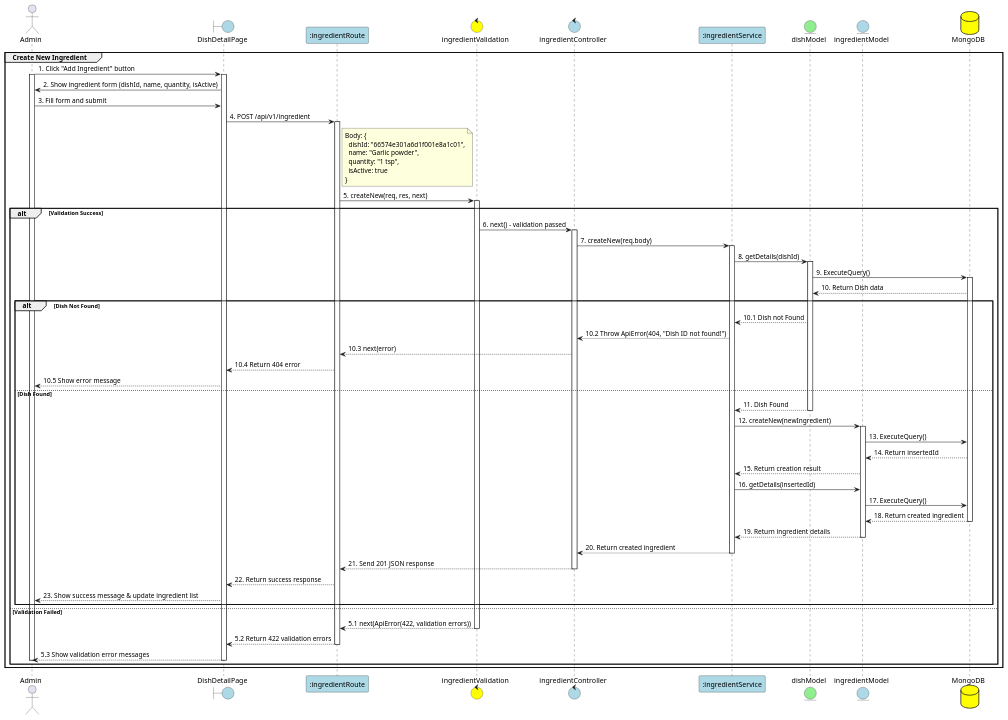
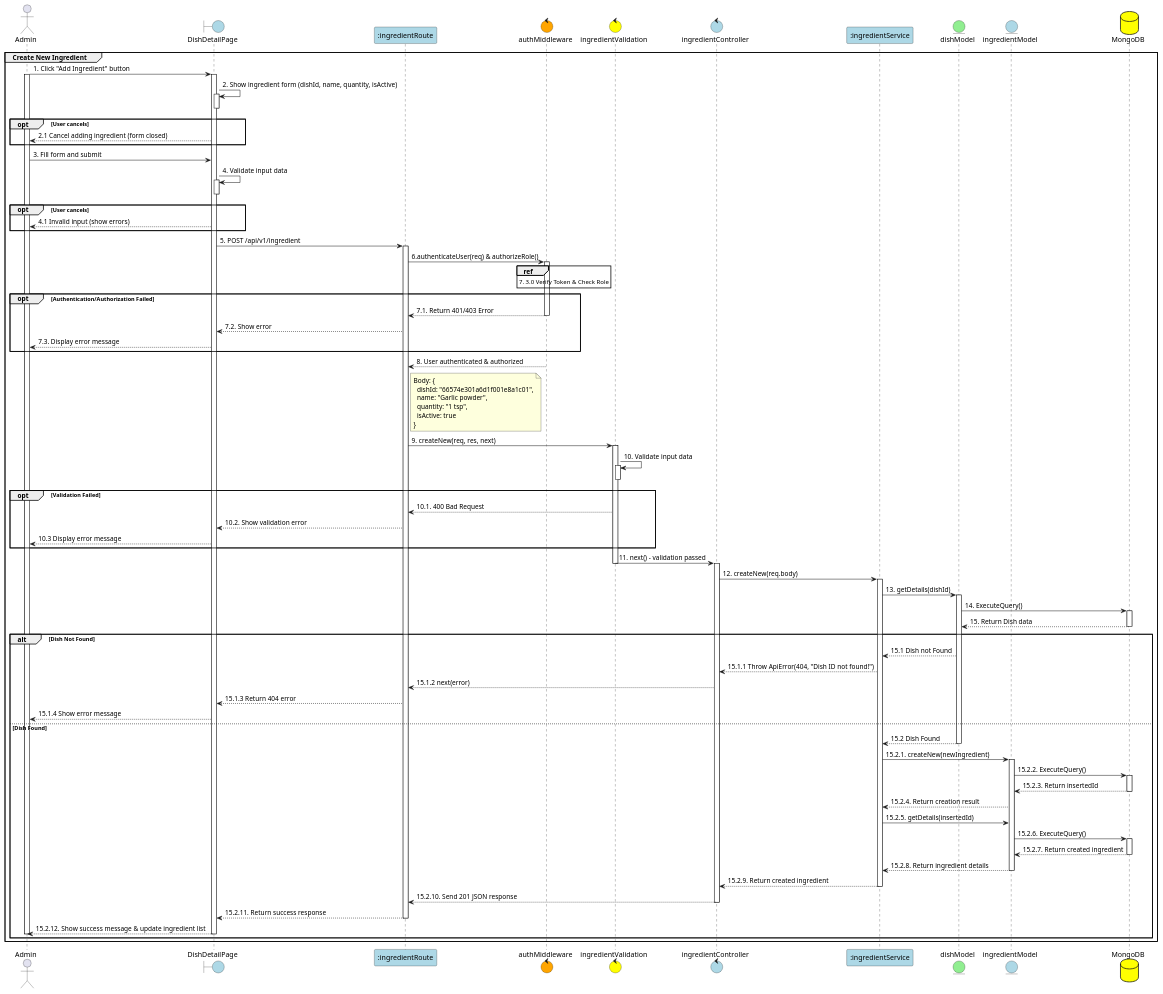
Before and after one commit to Aohkne/CaloCook: the diagram in PlanUML/24_CreateIngredient.puml, drawn with PlantUML. The commit also changed 18 other files, not shown here.

```diff
--- a/PlanUML/24_CreateIngredient.puml
+++ b/PlanUML/24_CreateIngredient.puml
@@ -1,103 +1,133 @@
 @startuml CreateIngredient
 
 actor "Admin" as Admin
 boundary "DishDetailPage" as View #lightblue
 participant ":ingredientRoute" as Route #lightblue
+control "authMiddleware" as Auth #Orange
 control "ingredientValidation" as Validation #yellow
 control "ingredientController" as Controller #lightblue
 participant ":ingredientService" as Service #lightblue
 entity "dishModel" as DishModel #lightgreen
 entity "ingredientModel" as IngredientModel #lightblue
 database "MongoDB" as MongoDB #yellow
 
 group Create New Ingredient
 
 Admin -> View: 1. Click "Add Ingredient" button
 activate View
 activate Admin
 
-View -> Admin: 2. Show ingredient form (dishId, name, quantity, isActive)
+View -> View: 2. Show ingredient form (dishId, name, quantity, isActive)
+activate View
+deactivate View
+
+opt User cancels
+    View --> Admin: 2.1 Cancel adding ingredient (form closed)
+end
 
 Admin -> View: 3. Fill form and submit
-View -> Route: 4. POST /api/v1/ingredient
+View -> View: 4. Validate input data
+activate View
+deactivate View
+opt User cancels
+    View --> Admin: 4.1 Invalid input (show errors)
+end
+View -> Route: 5. POST /api/v1/ingredient
 activate Route
+  Route -> Auth: 6.authenticateUser(req) & authorizeRole()
+
+    activate Auth
+    ref over Auth : 7. 3.0 Verify Token & Check Role
+
+    opt Authentication/Authorization Failed
+        Auth --> Route: 7.1. Return 401/403 Error
+                deactivate Auth
+        Route --> View: 7.2. Show error
+        View --> Admin: 7.3. Display error message
+
+    end
+    Auth --> Route: 8. User authenticated & authorized
 
 note right of Route: Body: {\n  dishId: "66574e301a6d1f001e8a1c01",\n  name: "Garlic powder",\n  quantity: "1 tsp",\n  isActive: true\n}
 
-Route -> Validation: 5. createNew(req, res, next)
+Route -> Validation: 9. createNew(req, res, next)
 activate Validation
+Validation -> Validation: 10. Validate input data
+activate Validation
+deactivate Validation
+opt Validation Failed
+    Validation --> Route: 10.1. 400 Bad Request
+    Route --> View: 10.2. Show validation error
+    View --> Admin: 10.3 Display error message
 
-alt Validation Success
-    Validation -> Controller: 6. next() - validation passed
+end
+
+    Validation -> Controller: 11. next() - validation passed
+        deactivate Validation
     
     activate Controller
-    Controller -> Service: 7. createNew(req.body)
+    Controller -> Service: 12. createNew(req.body)
     activate Service
-    
-    Service -> DishModel: 8. getDetails(dishId)
+
+    Service -> DishModel: 13. getDetails(dishId)
     activate DishModel
-    
-    DishModel -> MongoDB: 9. ExecuteQuery()
+
+    DishModel -> MongoDB: 14. ExecuteQuery()
     activate MongoDB
-    MongoDB --> DishModel: 10. Return Dish data
+    MongoDB --> DishModel: 15. Return Dish data
+    deactivate MongoDB
 
     alt Dish Not Found
-        DishModel --> Service: 10.1 Dish not Found
-        
-        Service --> Controller: 10.2 Throw ApiError(404, "Dish ID not found!")
-        
-        Controller --> Route: 10.3 next(error)
-        
-        Route --> View: 10.4 Return 404 error
-        
-        View --> Admin: 10.5 Show error message
+        DishModel --> Service: 15.1 Dish not Found
+
+        Service --> Controller: 15.1.1 Throw ApiError(404, "Dish ID not found!")
+
+        Controller --> Route: 15.1.2 next(error)
+
+        Route --> View: 15.1.3 Return 404 error
+
+        View --> Admin: 15.1.4 Show error message
 
     else Dish Found
-        DishModel --> Service: 11. Dish Found
+        DishModel --> Service: 15.2 Dish Found
         deactivate DishModel
-        
-        Service -> IngredientModel: 12. createNew(newIngredient)
+
+        Service -> IngredientModel: 15.2.1. createNew(newIngredient)
         activate IngredientModel
-        
-        IngredientModel -> MongoDB: 13. ExecuteQuery()
-        
-        MongoDB --> IngredientModel: 14. Return insertedId
-        
-        IngredientModel --> Service: 15. Return creation result
-        
-        Service -> IngredientModel: 16. getDetails(insertedId)
-        
-        IngredientModel -> MongoDB: 17. ExecuteQuery()
-        
-        MongoDB --> IngredientModel: 18. Return created ingredient
+
+        IngredientModel -> MongoDB: 15.2.2. ExecuteQuery()
+        activate MongoDB
+
+        MongoDB --> IngredientModel: 15.2.3. Return insertedId
         deactivate MongoDB
-        
-        IngredientModel --> Service: 19. Return ingredient details
+
+        IngredientModel --> Service: 15.2.4. Return creation result
+
+        Service -> IngredientModel: 15.2.5. getDetails(insertedId)
+
+        IngredientModel -> MongoDB: 15.2.6. ExecuteQuery()
+        activate MongoDB
+
+        MongoDB --> IngredientModel: 15.2.7. Return created ingredient
+        deactivate MongoDB
+
+        IngredientModel --> Service: 15.2.8. Return ingredient details
         deactivate IngredientModel
-        
-        Service --> Controller: 20. Return created ingredient
+
+        Service --> Controller: 15.2.9. Return created ingredient
         deactivate Service
-        
-        Controller --> Route: 21. Send 201 JSON response
+
+        Controller --> Route: 15.2.10. Send 201 JSON response
         deactivate Controller
-        
-        Route --> View: 22. Return success response
-        
-        View --> Admin: 23. Show success message & update ingredient list
+
+        Route --> View: 15.2.11. Return success response
+        deactivate Route
+
+        View --> Admin: 15.2.12. Show success message & update ingredient list
+        deactivate View
+        deactivate Admin
     end
-    
-else Validation Failed
-    Validation --> Route: 5.1 next(ApiError(422, validation errors))
-    deactivate Validation
-    
-    Route --> View: 5.2 Return 422 validation errors
-    deactivate Route
-    
-    View --> Admin: 5.3 Show validation error messages
-    deactivate View
-    deactivate Admin
-end
 
 end
 
 @enduml
```
